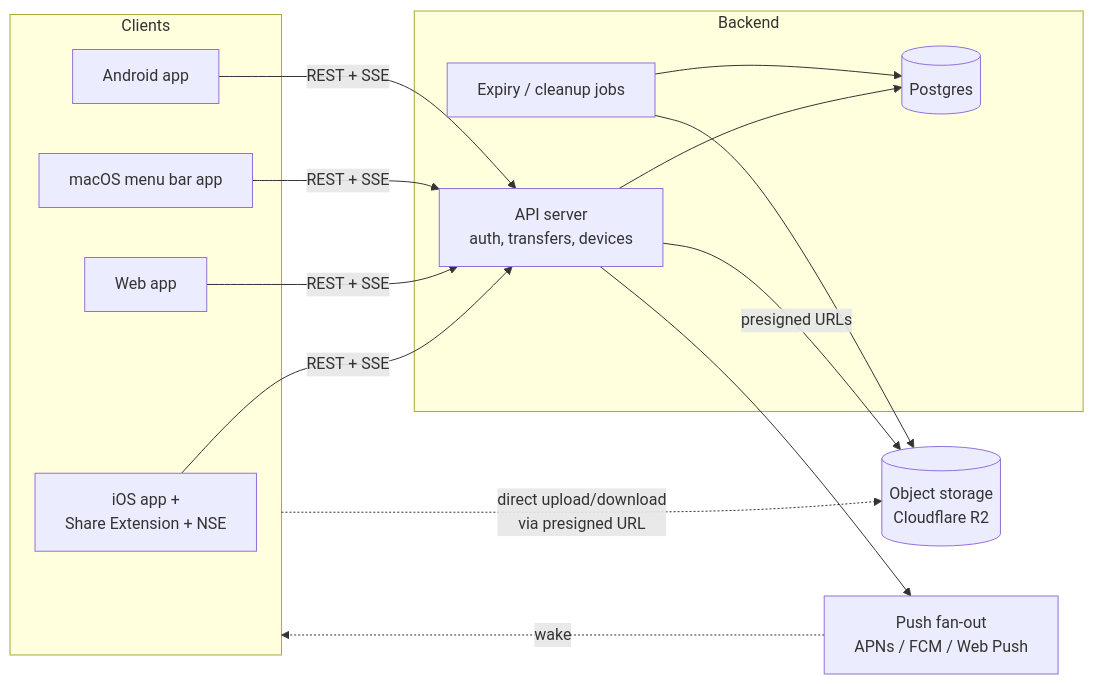
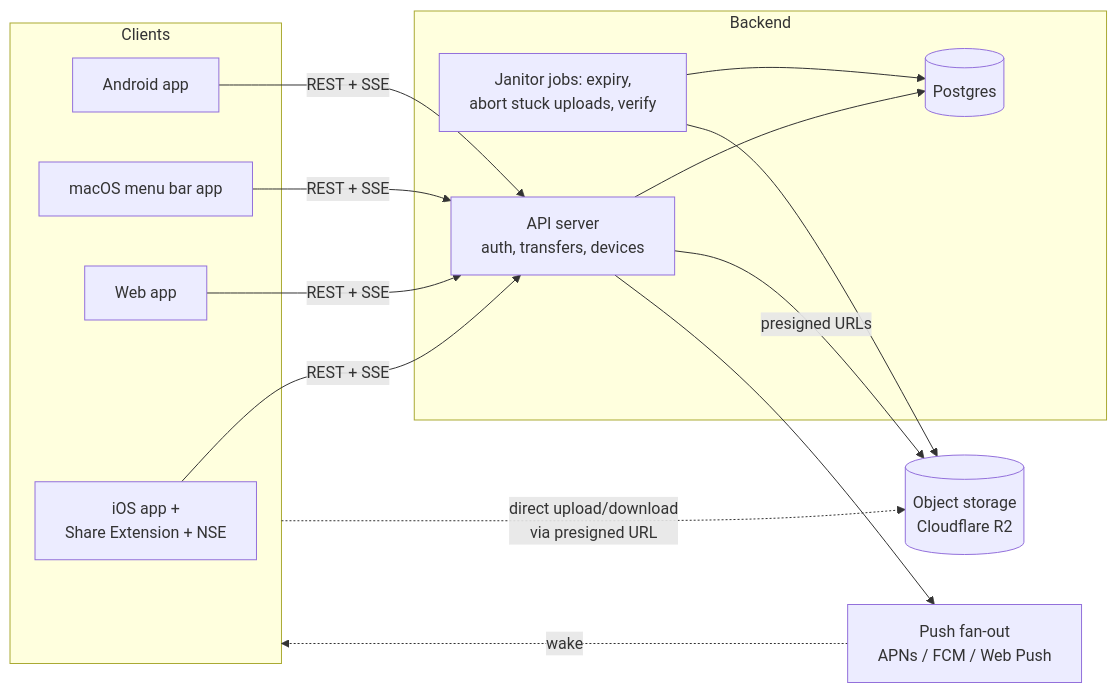
One commit to kjswalls/transmat-web changed the first of 2 diagrams in docs/ARCHITECTURE.md. Above: the diagram before and after it, drawn with Mermaid. The commit also changed other lines of this file, not shown here.

First line of the commit message:
Rev architecture doc to v0.2: Transfer Hub UI + adversarial review fixes

````diff
--- a/docs/ARCHITECTURE.md
+++ b/docs/ARCHITECTURE.md
@@ -20,25 +21,25 @@
 ```mermaid
 flowchart LR
     subgraph Clients
         ios[iOS app +<br/>Share Extension + NSE]
         web[Web app]
         mac[macOS menu bar app]
         droid[Android app]
     end
 
     subgraph Backend
         api[API server<br/>auth, transfers, devices]
         db[(Postgres)]
-        q[Expiry / cleanup jobs]
+        q[Janitor jobs: expiry,<br/>abort stuck uploads, verify]
     end
 
     blob[(Object storage<br/>Cloudflare R2)]
     push[Push fan-out<br/>APNs / FCM / Web Push]
 
     ios & web & mac & droid -->|REST + SSE| api
     api --> db
     api -->|presigned URLs| blob
     Clients -.->|direct upload/download<br/>via presigned URL| blob
     api --> push -.->|wake| Clients
     q --> blob & db
 ```
````
